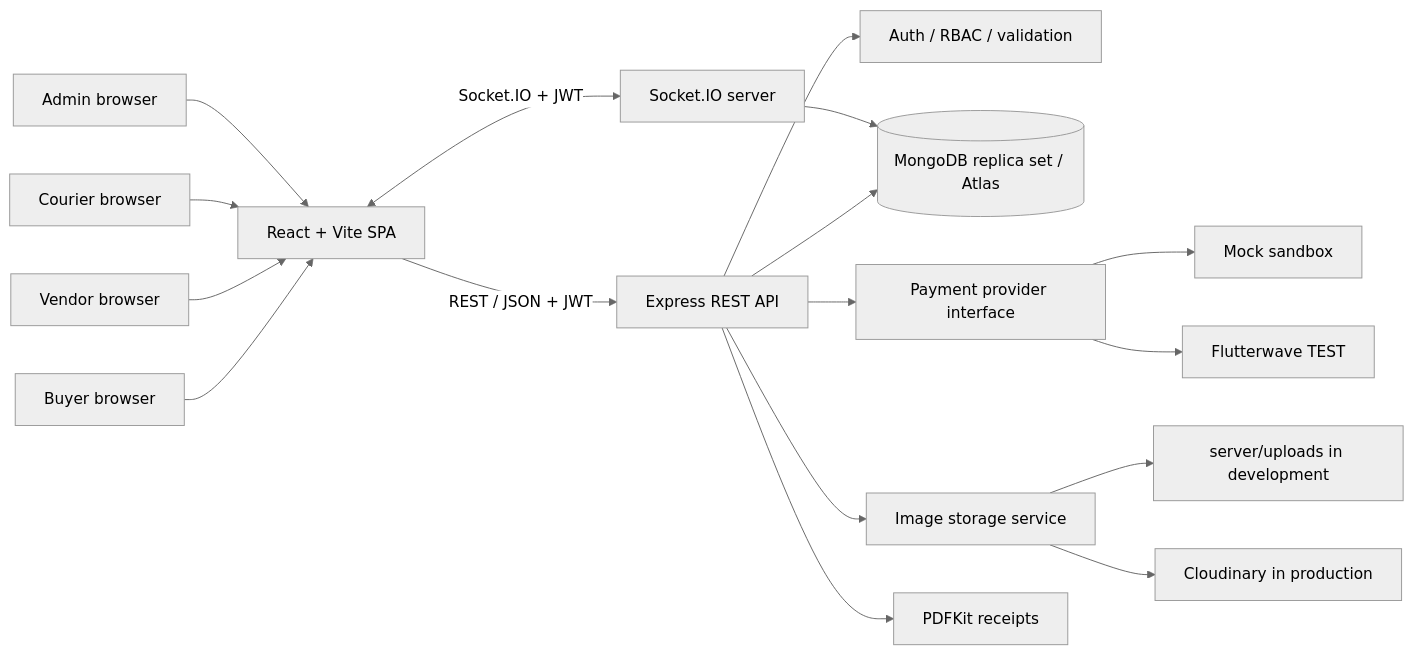
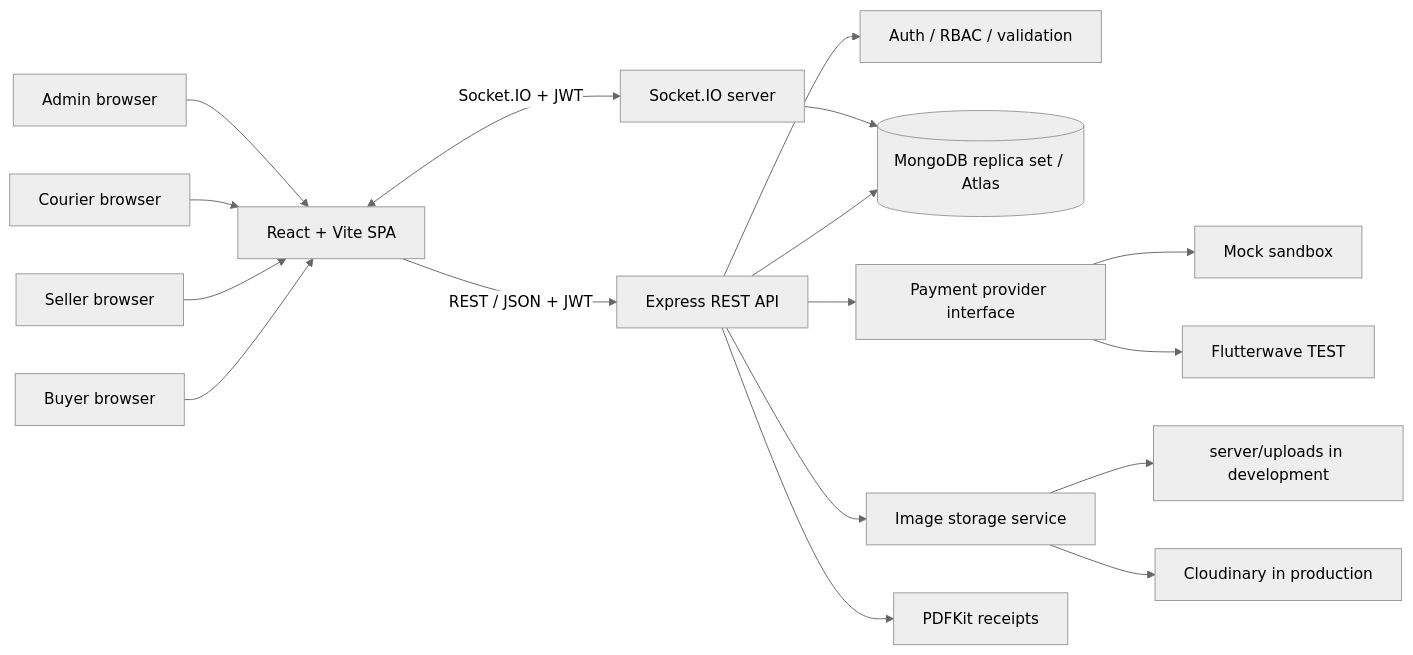
One commit to ephraimnyikwagh-bot/dishdash-marketplace changed the first of 2 diagrams in README.md. Above: the diagram before and after it, drawn with Mermaid (neutral theme). The commit also changed other lines of this file and 69 other files, not shown here.

````diff
--- a/README.md
+++ b/README.md
@@ -17,19 +18,19 @@
 ```mermaid
 flowchart LR
   Buyer[Buyer browser] --> SPA[React + Vite SPA]
-  Vendor[Vendor browser] --> SPA
+  Seller[Seller browser] --> SPA
   Courier[Courier browser] --> SPA
   Admin[Admin browser] --> SPA
   SPA -->|REST / JSON + JWT| API[Express REST API]
   SPA <-->|Socket.IO + JWT| Realtime[Socket.IO server]
   API --> Auth[Auth / RBAC / validation]
   API --> Mongo[(MongoDB replica set / Atlas)]
   API --> Pay[Payment provider interface]
   Pay --> Mock[Mock sandbox]
   Pay --> FLW[Flutterwave TEST]
   API --> Images[Image storage service]
   Images --> Local[server/uploads in development]
   Images --> Cloudinary[Cloudinary in production]
   API --> PDF[PDFKit receipts]
   Realtime --> Mongo
 ```
````
